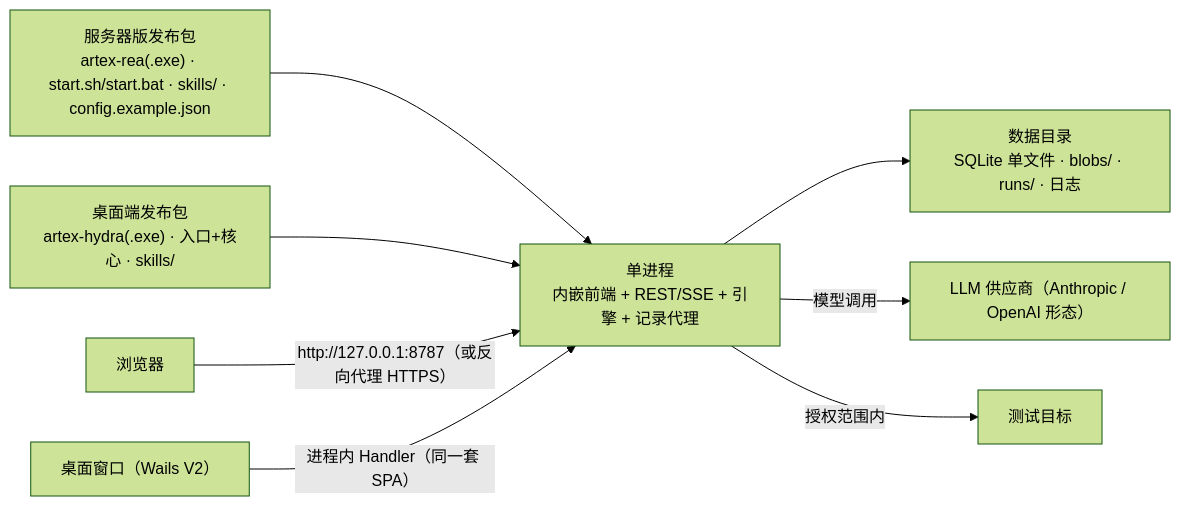
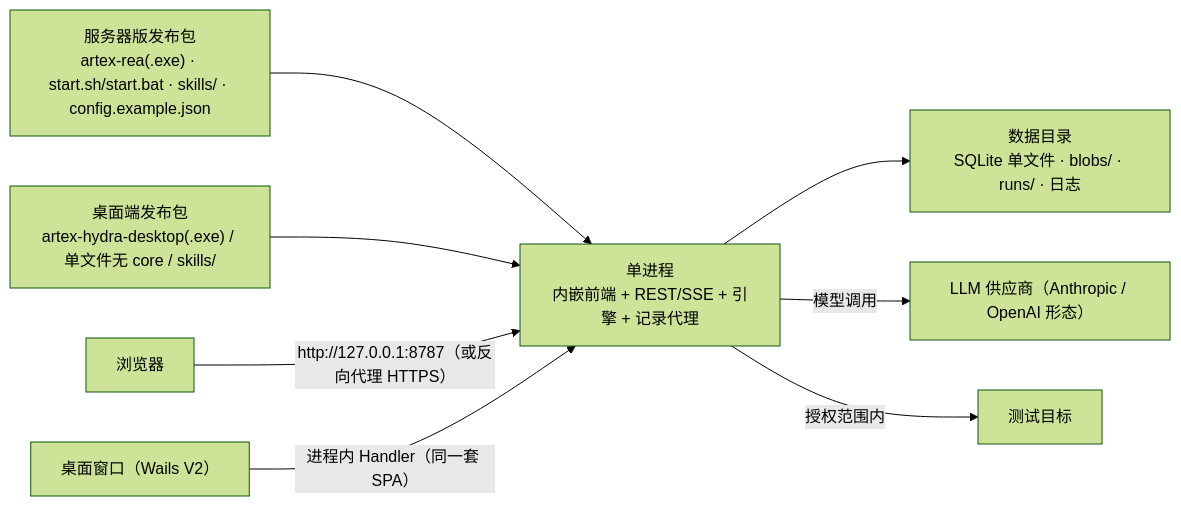
One commit to j5tv9nfzhn-hue/ARTEX-HYDRA changed the sixth of 6 diagrams in README.md. Above: the diagram before and after it, drawn with Mermaid (forest theme). The commit also changed other lines of this file and 6 other files, not shown here.

````diff
--- a/README.md
+++ b/README.md
@@ -458,10 +459,10 @@
 ```mermaid
 flowchart LR
   PKG["服务器版发布包<br/>artex-rea(.exe) · start.sh/start.bat · skills/ · config.example.json"] --> BIN["单进程<br/>内嵌前端 + REST/SSE + 引擎 + 记录代理"]
-  PKGD["桌面端发布包<br/>artex-hydra(.exe) · 入口+核心 · skills/"] --> BIN
+  PKGD["桌面端发布包<br/>artex-hydra-desktop(.exe) / 单文件无 core / skills/"] --> BIN
   BIN --> DATA["数据目录<br/>SQLite 单文件 · blobs/ · runs/ · 日志"]
   USER["浏览器"] -->|"http://127.0.0.1:8787（或反向代理 HTTPS）"| BIN
   DESKTOP["桌面窗口（Wails V2）"] -->|"进程内 Handler（同一套 SPA）"| BIN
   BIN -->|"模型调用"| PLLM["LLM 供应商（Anthropic / OpenAI 形态）"]
   BIN -->|"授权范围内"| PTGT["测试目标"]
 ```
````
